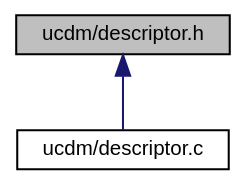
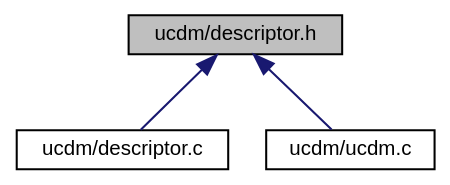
One commit to ebs-universe/piolib-ucdm changed the diagram in descriptor_8h__dep__incl.dot. Above: the diagram before and after it, drawn with Graphviz. The commit also changed 36 other files, not shown here.

```diff
--- a/descriptor_8h__dep__incl.dot
+++ b/descriptor_8h__dep__incl.dot
@@ -1,11 +1,13 @@
 digraph "ucdm/descriptor.h"
 {
  // INTERACTIVE_SVG=YES
  // LATEX_PDF_SIZE
   bgcolor="transparent";
   edge [fontname="Helvetica",fontsize="10",labelfontname="Helvetica",labelfontsize="10"];
   node [fontname="Helvetica",fontsize="10",shape=record];
   Node1 [label="ucdm/descriptor.h",height=0.2,width=0.4,color="black", fillcolor="grey75", style="filled", fontcolor="black",tooltip="Descriptor type definitions."];
   Node1 -> Node2 [dir="back",color="midnightblue",fontsize="10",style="solid",fontname="Helvetica"];
   Node2 [label="ucdm/descriptor.c",height=0.2,width=0.4,color="black",URL="$descriptor_8c.html",tooltip="Descriptor type definitions."];
+  Node1 -> Node3 [dir="back",color="midnightblue",fontsize="10",style="solid",fontname="Helvetica"];
+  Node3 [label="ucdm/ucdm.c",height=0.2,width=0.4,color="black",URL="$ucdm_8c.html",tooltip="Implementation the Unified Configuration and Data Manager."];
 }
```
